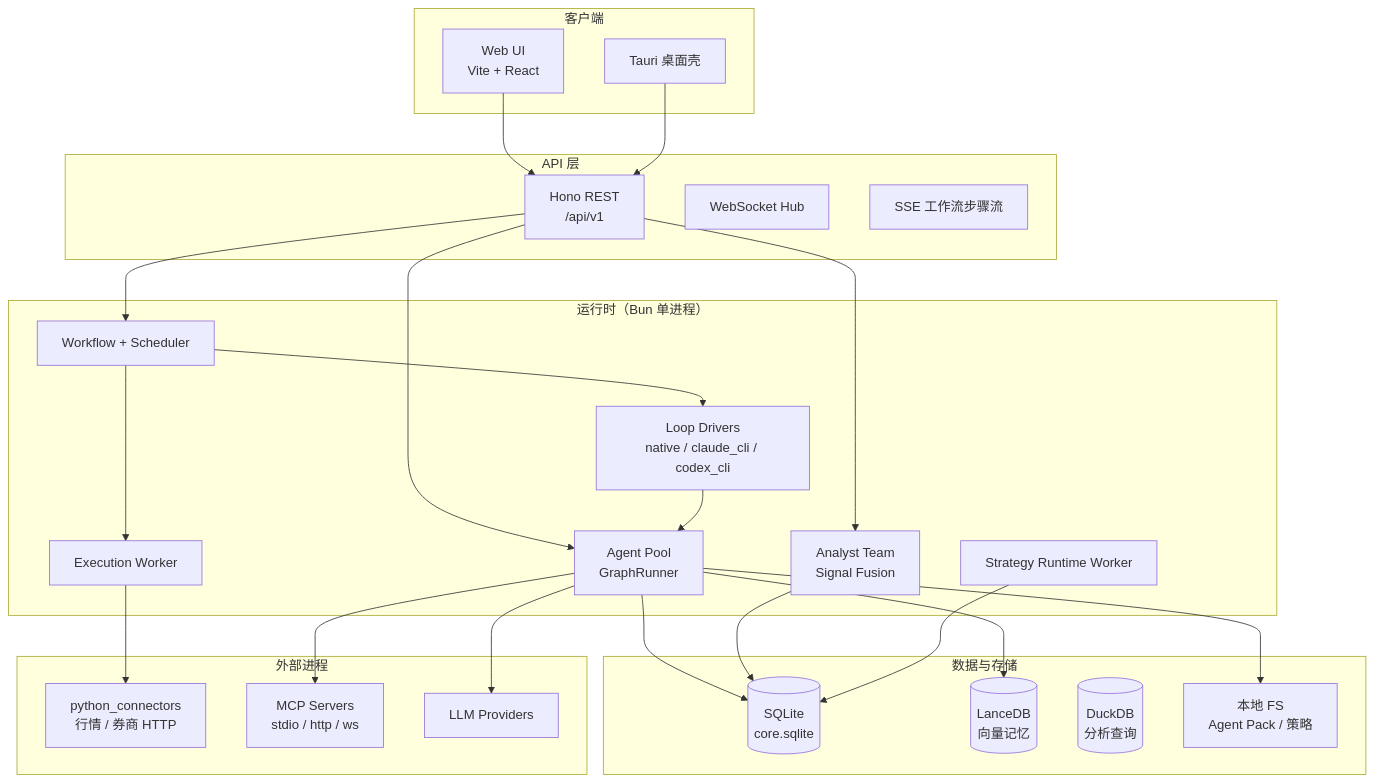
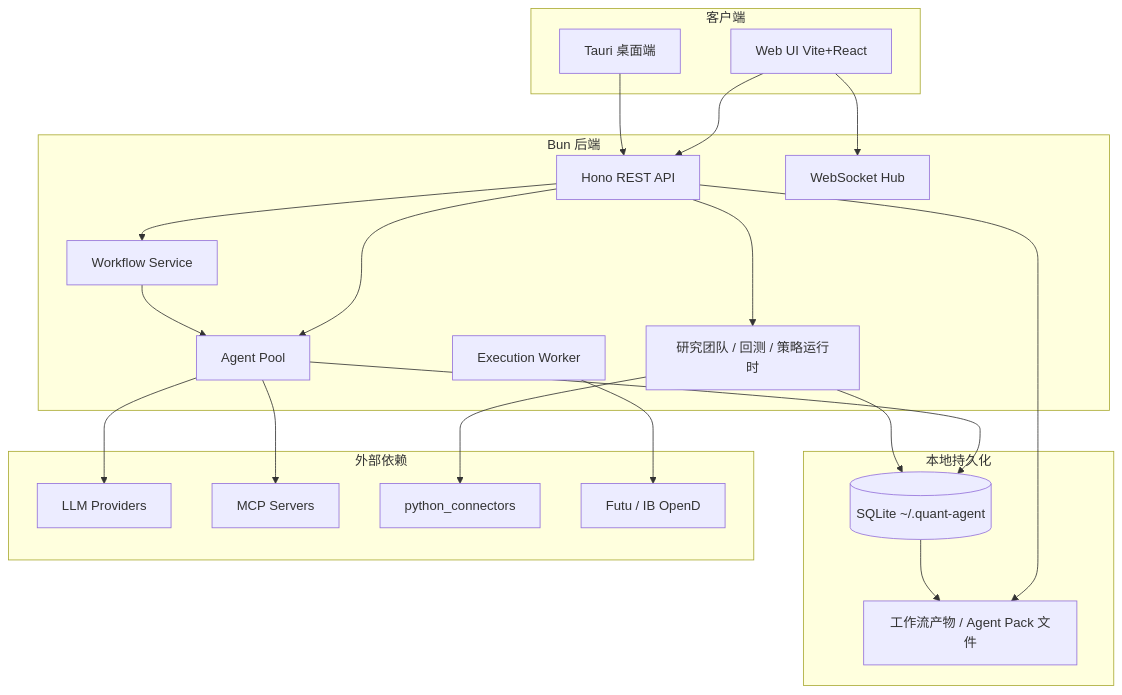
The first of 5 diagrams in docs/ARCHITECTURE.md (SupUnicornAlpha/qubit-agent), drawn with Mermaid before and after one commit. The commit also changed other lines of this file and 64 other files, not shown here.

````diff
--- a/docs/ARCHITECTURE.md
+++ b/docs/ARCHITECTURE.md
@@ -27,52 +24,44 @@
 ```mermaid
 flowchart TB
-  subgraph clients ["客户端"]
-    Web["Web UI\nVite + React"]
-    Tauri["Tauri 桌面壳"]
+  subgraph clients [客户端]
+    Web[Web UI Vite+React]
+    Tauri[Tauri 桌面端]
   end
 
-  subgraph api ["API 层"]
-    Hono["Hono REST\n/api/v1"]
-    WS["WebSocket Hub"]
-    SSE["SSE 工作流步骤流"]
+  subgraph backend [Bun 后端]
+    Hono[Hono REST API]
+    WS[WebSocket Hub]
+    Pool[Agent Pool]
+    WF[Workflow Service]
+    RT[研究团队 / 回测 / 策略运行时]
+    EX[Execution Worker]
   end
 
-  subgraph runtime ["运行时（Bun 单进程）"]
-    Pool["Agent Pool\nGraphRunner"]
-    Loop["Loop Drivers\nnative / claude_cli / codex_cli"]
-    WF["Workflow + Scheduler"]
-    MSA["Analyst Team\nSignal Fusion"]
-    Exec["Execution Worker"]
-    Strat["Strategy Runtime Worker"]
+  subgraph storage [本地持久化]
+    SQLite[(SQLite ~/.quant-agent)]
+    FS[工作流产物 / Agent Pack 文件]
   end
 
-  subgraph data ["数据与存储"]
-    SQLite[("SQLite\ncore.sqlite")]
-    Lance[("LanceDB\n向量记忆")]
-    Duck[("DuckDB\n分析查询")]
-    FS["本地 FS\nAgent Pack / 策略"]
-  end
-
-  subgraph external ["外部进程"]
-    Py["python_connectors\n行情 / 券商 HTTP"]
-    MCP["MCP Servers\nstdio / http / ws"]
-    LLM["LLM Providers"]
+  subgraph external [外部依赖]
+    LLM[LLM Providers]
+    MCP[MCP Servers]
+    Py[python_connectors]
+    Broker[Futu / IB OpenD]
   end
 
   Web --> Hono
   Tauri --> Hono
+  Web --> WS
   Hono --> Pool
   Hono --> WF
-  Hono --> MSA
-  WF --> Loop
-  Loop --> Pool
+  Hono --> RT
+  WF --> Pool
   Pool --> SQLite
-  WF --> Exec
-  Exec --> Py
+  RT --> SQLite
+  Pool --> LLM
   Pool --> MCP
-  Pool --> LLM
-  Pool --> FS
-  MSA --> SQLite
-  Strat --> SQLite
-  Pool --> Lance
+  RT --> Py
+  EX --> Broker
+  Hono --> FS
+  SQLite --> FS
 ```
````
